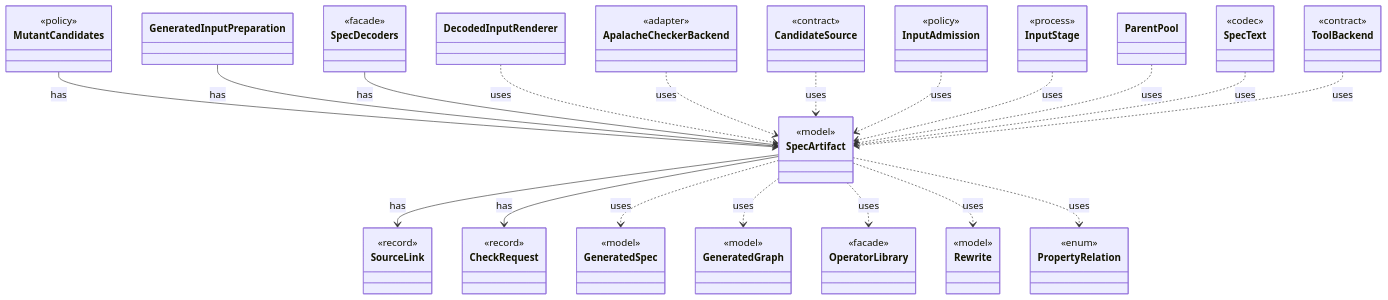
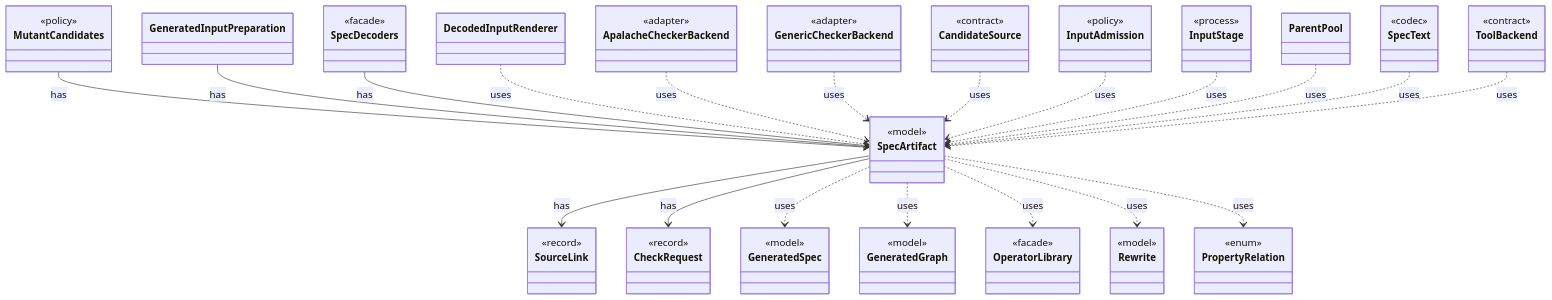
The diagram in dev/types/io.github.tlaplus.hardening.workflow.spec.SpecArtifact.md (tlaplus/model-checker-hardening), drawn with Mermaid before and after one commit. The commit also changed other lines of this file and 422 other files, not shown here.

````diff
--- a/dev/types/io.github.tlaplus.hardening.workflow.spec.SpecArtifact.md
+++ b/dev/types/io.github.tlaplus.hardening.workflow.spec.SpecArtifact.md
@@ -9,72 +9,76 @@
 ```mermaid
 classDiagram
   class SpecArtifact {
     <<model>>
   }
   class SourceLink {
     <<record>>
   }
   class CheckRequest {
     <<record>>
   }
   class MutantCandidates {
     <<policy>>
   }
   class GeneratedInputPreparation
   class SpecDecoders {
     <<facade>>
   }
   class GeneratedSpec {
     <<model>>
   }
   class GeneratedGraph {
     <<model>>
   }
   class OperatorLibrary {
     <<facade>>
   }
   class Rewrite {
     <<model>>
   }
   class PropertyRelation {
     <<enum>>
   }
   class DecodedInputRenderer
   class ApalacheCheckerBackend {
     <<adapter>>
   }
+  class GenericCheckerBackend {
+    <<adapter>>
+  }
   class CandidateSource {
     <<contract>>
   }
   class InputAdmission {
     <<policy>>
   }
   class InputStage {
     <<process>>
   }
   class ParentPool
   class SpecText {
     <<codec>>
   }
   class ToolBackend {
     <<contract>>
   }
   SpecArtifact --> SourceLink : has
   SpecArtifact --> CheckRequest : has
   MutantCandidates --> SpecArtifact : has
   GeneratedInputPreparation --> SpecArtifact : has
   SpecDecoders --> SpecArtifact : has
   SpecArtifact ..> GeneratedSpec : uses
   SpecArtifact ..> GeneratedGraph : uses
   SpecArtifact ..> OperatorLibrary : uses
   SpecArtifact ..> Rewrite : uses
   SpecArtifact ..> PropertyRelation : uses
   DecodedInputRenderer ..> SpecArtifact : uses
   ApalacheCheckerBackend ..> SpecArtifact : uses
+  GenericCheckerBackend ..> SpecArtifact : uses
   CandidateSource ..> SpecArtifact : uses
   InputAdmission ..> SpecArtifact : uses
   InputStage ..> SpecArtifact : uses
   ParentPool ..> SpecArtifact : uses
   SpecText ..> SpecArtifact : uses
   ToolBackend ..> SpecArtifact : uses
 ```
````
